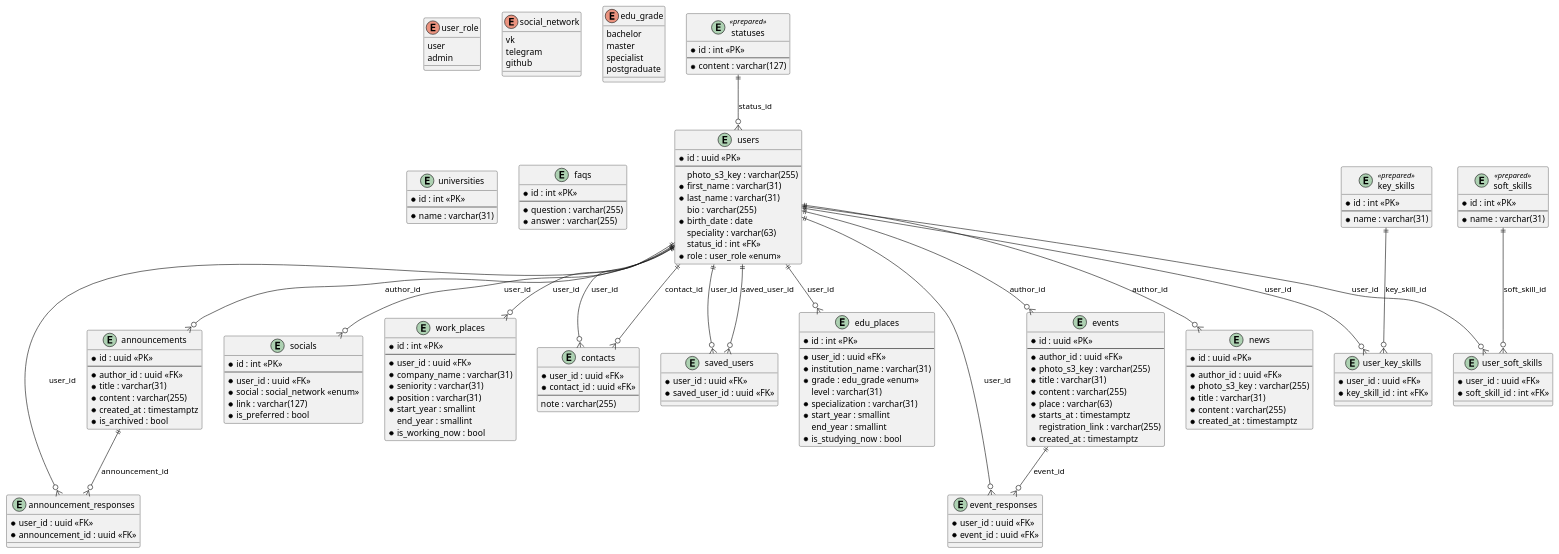
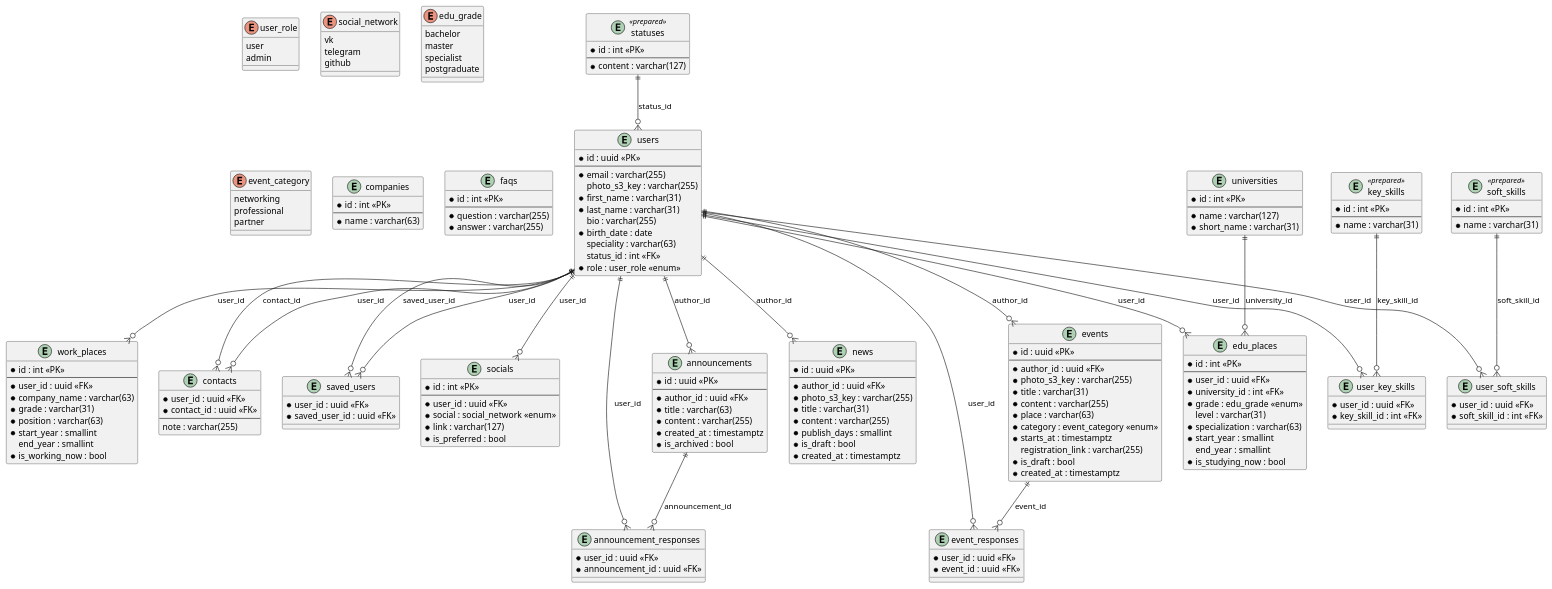
The diagram in docs/database.puml (RuslanKarabalin/cu-faculty-backend), drawn with PlantUML before and after one commit. The commit also changed 3 other files, not shown here.

Commit message:
fix: docs and schema

```diff
--- a/docs/database.puml
+++ b/docs/database.puml
@@ -16,6 +16,12 @@
   master
   specialist
   postgraduate
+}
+
+enum "event_category" {
+  networking
+  professional
+  partner
 }
 
 entity "statuses" <<prepared>> {
@@ -39,7 +45,14 @@
 entity "universities" {
   * id : int <<PK>>
   --
-  * name : varchar(31)
+  * name : varchar(127)
+  * short_name : varchar(31)
+}
+
+entity "companies" {
+  * id : int <<PK>>
+  --
+  * name : varchar(63)
 }
 
 entity "faqs" {
@@ -53,6 +66,7 @@
 entity "users" {
   * id : uuid <<PK>>
   --
+  * email : varchar(255)
   photo_s3_key : varchar(255)
   * first_name : varchar(31)
   * last_name : varchar(31)
@@ -76,9 +90,9 @@
   * id : int <<PK>>
   --
   * user_id : uuid <<FK>>
-  * company_name : varchar(31)
-  * seniority : varchar(31)
-  * position : varchar(31)
+  * company_name : varchar(63)
+  * grade : varchar(31)
+  * position : varchar(63)
   * start_year : smallint
   end_year : smallint
   * is_working_now : bool
@@ -88,10 +102,10 @@
   * id : int <<PK>>
   --
   * user_id : uuid <<FK>>
-  * institution_name : varchar(31)
+  * university_id : int <<FK>>
   * grade : edu_grade <<enum>>
   level : varchar(31)
-  * specialization : varchar(31)
+  * specialization : varchar(63)
   * start_year : smallint
   end_year : smallint
   * is_studying_now : bool
@@ -101,7 +115,7 @@
   * id : uuid <<PK>>
   --
   * author_id : uuid <<FK>>
-  * title : varchar(31)
+  * title : varchar(63)
   * content : varchar(255)
   * created_at : timestamptz
   * is_archived : bool
@@ -114,6 +128,8 @@
   * photo_s3_key : varchar(255)
   * title : varchar(31)
   * content : varchar(255)
+  * publish_days : smallint
+  * is_draft : bool
   * created_at : timestamptz
 }
 
@@ -125,8 +141,10 @@
   * title : varchar(31)
   * content : varchar(255)
   * place : varchar(63)
+  * category : event_category <<enum>>
   * starts_at : timestamptz
   registration_link : varchar(255)
+  * is_draft : bool
   * created_at : timestamptz
 }
 
@@ -171,6 +189,7 @@
 users           ||--o{ work_places              : "user_id"
 
 users           ||--o{ edu_places               : "user_id"
+universities    ||--o{ edu_places               : "university_id"
 
 users           ||--o{ user_key_skills          : "user_id"
 key_skills      ||--o{ user_key_skills          : "key_skill_id"
```
